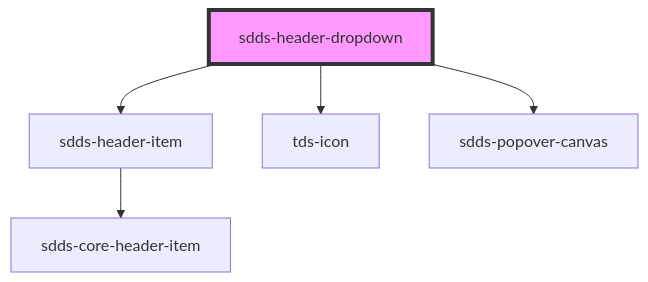
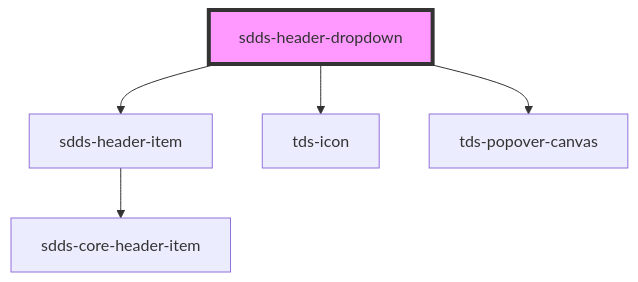
One commit to scania-digital-design-system/tegel changed the diagram in core/src/components/header/webcomponent/header-dropdown/readme.md. Above: the diagram before and after it, drawn with Mermaid. The commit also changed other lines of this file and 4 other files, not shown here.

Commit message:
fix(header dropdown/launcher): updated popover dep, used in header launcher/dropdown

````diff
--- a/core/src/components/header/webcomponent/header-dropdown/readme.md
+++ b/core/src/components/header/webcomponent/header-dropdown/readme.md
@@ -47,8 +47,8 @@
 ```mermaid
 graph TD;
   sdds-header-dropdown --> sdds-header-item
   sdds-header-dropdown --> tds-icon
-  sdds-header-dropdown --> sdds-popover-canvas
+  sdds-header-dropdown --> tds-popover-canvas
   sdds-header-item --> sdds-core-header-item
   style sdds-header-dropdown fill:#f9f,stroke:#333,stroke-width:4px
 ```
````
